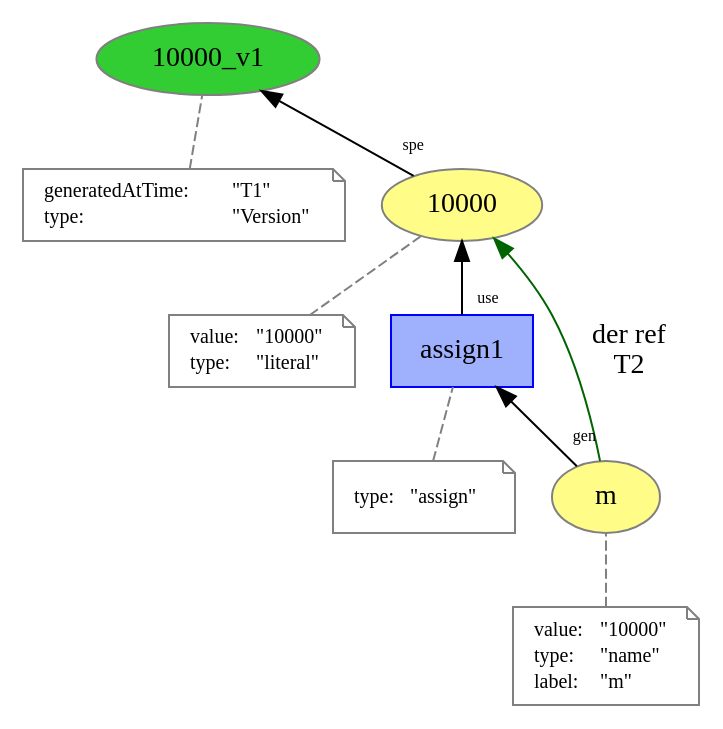
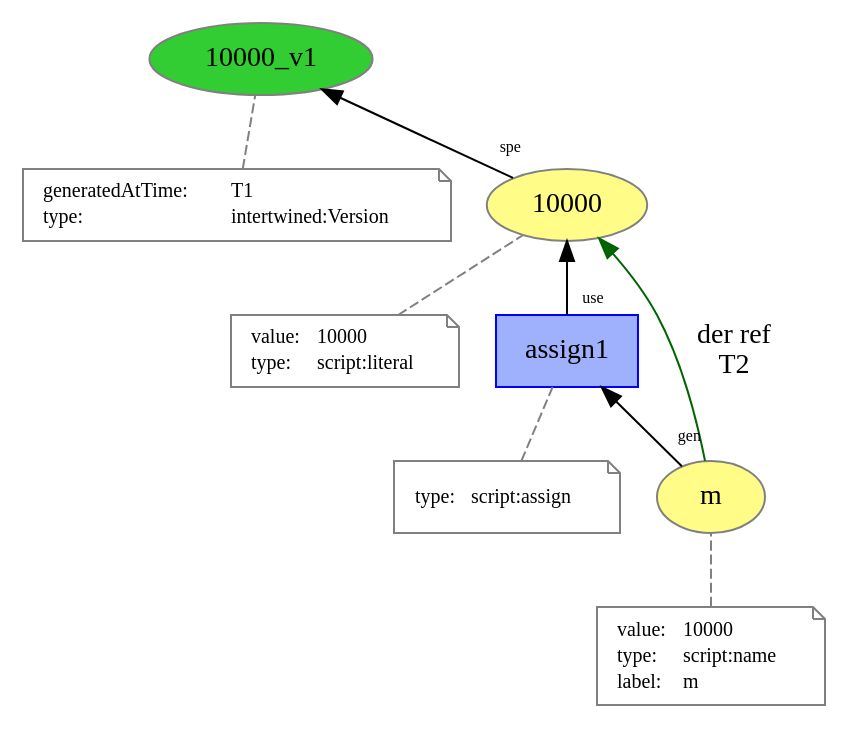
The diagram in images/intertwined_prov/assign.dot (dew-uff/versioned-prov), drawn with Graphviz before and after one commit. The commit also changed 243 other files, not shown here.

```diff
--- a/images/intertwined_prov/assign.dot
+++ b/images/intertwined_prov/assign.dot
@@ -1,55 +1,55 @@
 digraph "PROV" { size="16,12"; rankdir="BT";
 "http://example.org/10000" [fillcolor="#FFFC87",color="#808080",style="filled",label="10000",URL="http://example.org/10000"]
 "-attrs0" [color="gray",shape="note",fontsize="10",fontcolor="black",label=<<TABLE cellpadding="0" border="0">
 	<TR>
 	    <TD align="left">value:</TD>
-	    <TD align="left">&quot;10000&quot;</TD>
+	    <TD align="left">10000</TD>
 	</TR>
 	<TR>
 	    <TD align="left">type:</TD>
-	    <TD align="left">&quot;literal&quot;</TD>
+	    <TD align="left">script:literal</TD>
 	</TR>
 </TABLE>>]
 "-attrs0" -> "http://example.org/10000" [color="gray",style="dashed",arrowhead="none"]
 "http://example.org/10000_v1" [fillcolor="#32CD32",color="#808080",style="filled",label="10000_v1",URL="http://example.org/10000_v1"]
 "-attrs1" [color="gray",shape="note",fontsize="10",fontcolor="black",label=<<TABLE cellpadding="0" border="0">
 	<TR>
 	    <TD align="left">generatedAtTime:</TD>
-	    <TD align="left">&quot;T1&quot;</TD>
+	    <TD align="left">T1</TD>
 	</TR>
 	<TR>
 	    <TD align="left">type:</TD>
-	    <TD align="left">&quot;Version&quot;</TD>
+	    <TD align="left">intertwined:Version</TD>
 	</TR>
 </TABLE>>]
 "-attrs1" -> "http://example.org/10000_v1" [color="gray",style="dashed",arrowhead="none"]
 "http://example.org/10000" -> "http://example.org/10000_v1" [labelfontsize="8",labeldistance="1.5",labelangle="60.0",rotation="20",taillabel="spe"]
 "http://example.org/m" [fillcolor="#FFFC87",color="#808080",style="filled",label="m",URL="http://example.org/m"]
 "-attrs2" [color="gray",shape="note",fontsize="10",fontcolor="black",label=<<TABLE cellpadding="0" border="0">
 	<TR>
 	    <TD align="left">value:</TD>
-	    <TD align="left">&quot;10000&quot;</TD>
+	    <TD align="left">10000</TD>
 	</TR>
 	<TR>
 	    <TD align="left">type:</TD>
-	    <TD align="left">&quot;name&quot;</TD>
+	    <TD align="left">script:name</TD>
 	</TR>
 	<TR>
 	    <TD align="left">label:</TD>
-	    <TD align="left">&quot;m&quot;</TD>
+	    <TD align="left">m</TD>
 	</TR>
 </TABLE>>]
 "-attrs2" -> "http://example.org/m" [color="gray",style="dashed",arrowhead="none"]
 "http://example.org/assign1" [fillcolor="#9FB1FC",color="#0000FF",shape="polygon",sides="4",style="filled",label="assign1",URL="http://example.org/assign1"]
 "-attrs3" [color="gray",shape="note",fontsize="10",fontcolor="black",label=<<TABLE cellpadding="0" border="0">
 	<TR>
 	    <TD align="left">type:</TD>
-	    <TD align="left">&quot;assign&quot;</TD>
+	    <TD align="left">script:assign</TD>
 	</TR>
 </TABLE>>]
 "-attrs3" -> "http://example.org/assign1" [color="gray",style="dashed",arrowhead="none"]
 "http://example.org/assign1" -> "http://example.org/10000" [labelfontsize="8",labeldistance="1.5",labelangle="60.0",rotation="20",taillabel="use"]
 "http://example.org/m" -> "http://example.org/assign1" [labelfontsize="8",labeldistance="1.5",labelangle="60.0",rotation="20",taillabel="gen"]
 "http://example.org/m" -> "http://example.org/10000" [labelfontsize="8",labeldistance="1.5",color="darkgreen",labelangle="60.0",rotation="20",label="der ref
 T2"]
 }
```
